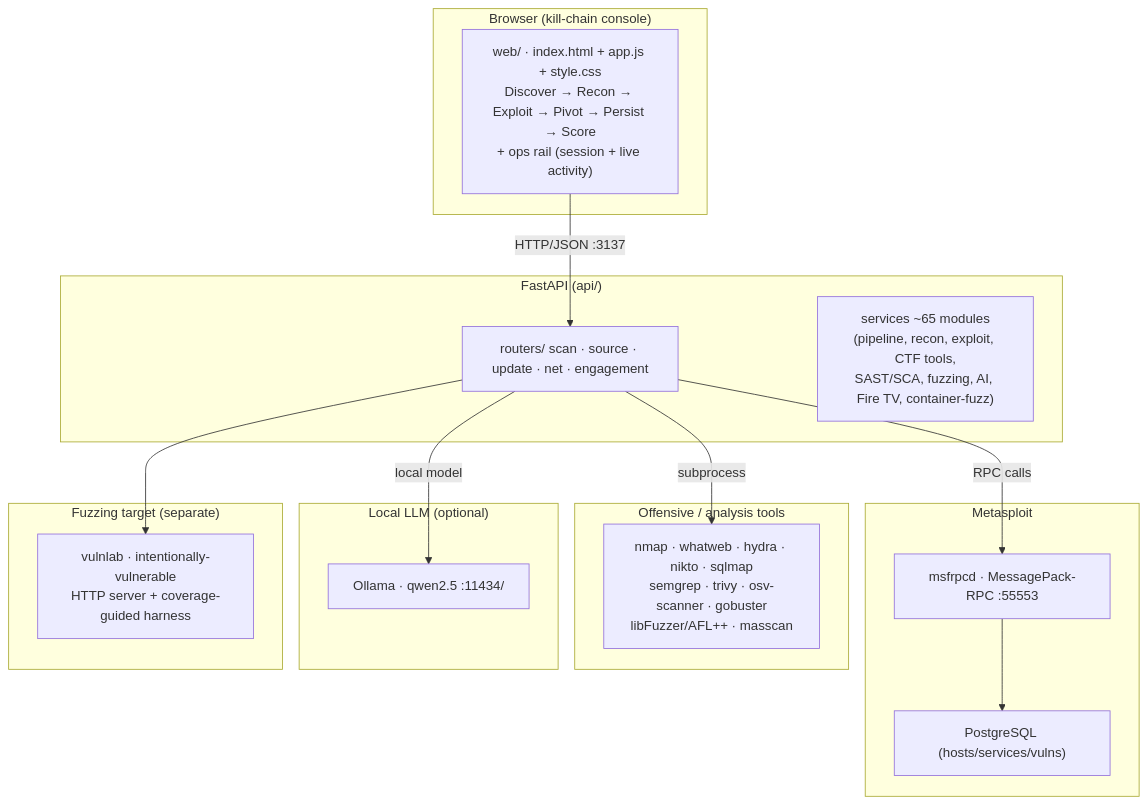
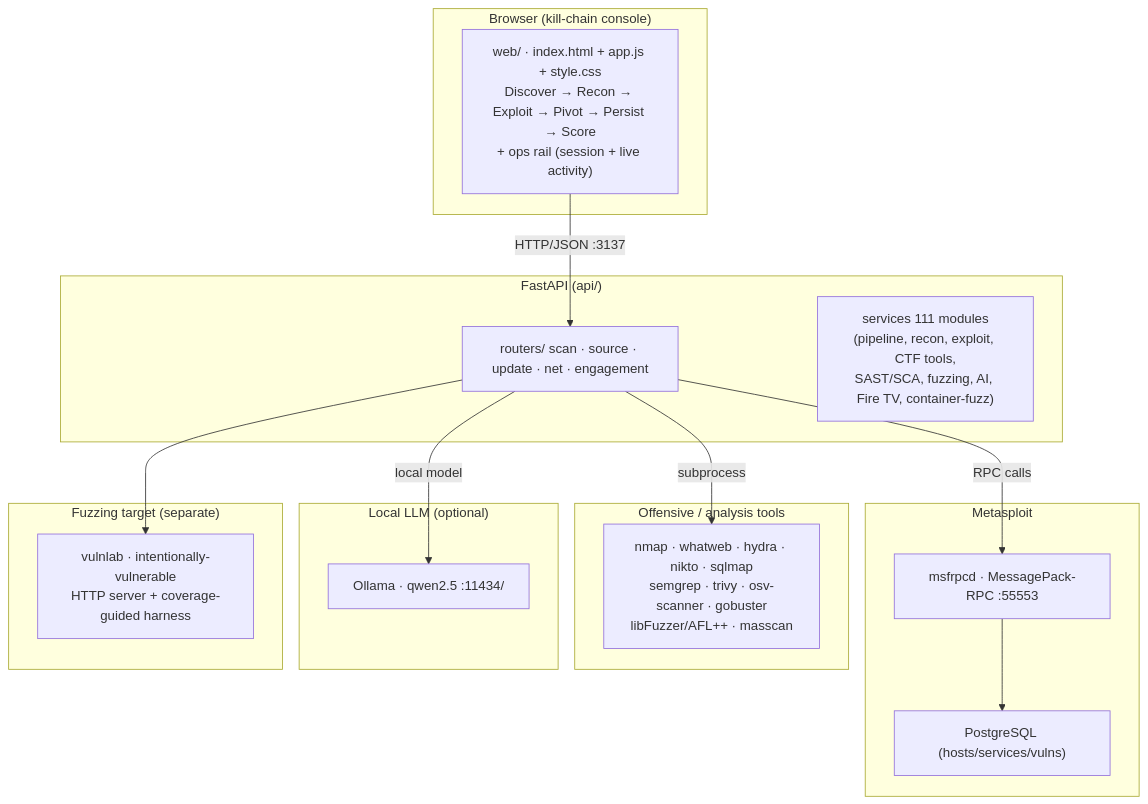
The diagram in docs/architecture.mmd (Greg-2600/h4k), drawn with Mermaid before and after one commit. The commit also changed 6 other files, not shown here.

```diff
--- a/docs/architecture.mmd
+++ b/docs/architecture.mmd
@@ -1,33 +1,33 @@
 flowchart TB
     subgraph browser["Browser (kill-chain console)"]
         UI["web/ · index.html + app.js + style.css<br/>Discover → Recon → Exploit → Pivot → Persist → Score<br/>+ ops rail (session + live activity)"]
     end
 
     subgraph api["FastAPI (api/)"]
         R["routers/ scan · source · update · net · engagement"]
-        S["services ~65 modules<br/>(pipeline, recon, exploit, CTF tools,<br/>SAST/SCA, fuzzing, AI, Fire TV, container-fuzz)"]
+        S["services 111 modules<br/>(pipeline, recon, exploit, CTF tools,<br/>SAST/SCA, fuzzing, AI, Fire TV, container-fuzz)"]
     end
 
     subgraph msf["Metasploit"]
         RPC["msfrpcd · MessagePack-RPC :55553"]
         DB["PostgreSQL (hosts/services/vulns)"]
     end
 
     subgraph tools["Offensive / analysis tools"]
         TOOLS["nmap · whatweb · hydra · nikto · sqlmap<br/>semgrep · trivy · osv-scanner · gobuster<br/>libFuzzer/AFL++ · masscan"]
     end
 
     subgraph llm["Local LLM (optional)"]
         OLLAMA["Ollama · qwen2.5 :11434/<sidecar>"]
     end
 
     subgraph lab["Fuzzing target (separate)"]
         VULN["vulnlab · intentionally-vulnerable<br/>HTTP server + coverage-guided harness"]
     end
 
     UI -->|HTTP/JSON :3137| R
     R -->|RPC calls| RPC
     RPC --> DB
     R -->|subprocess| TOOLS
     R -->|local model| OLLAMA
     R --> VULN
```
